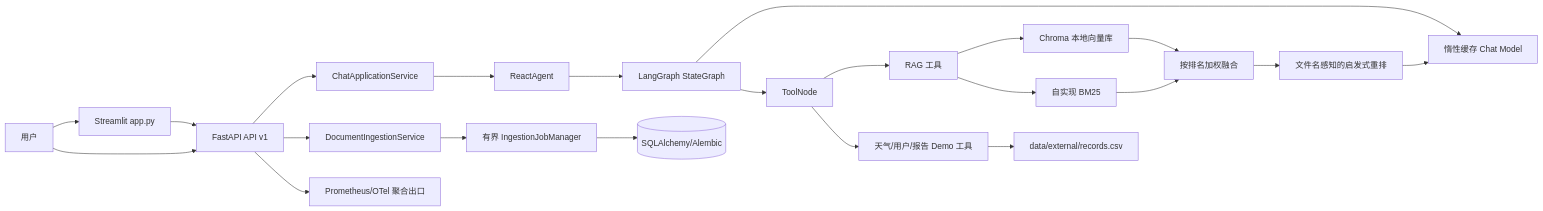
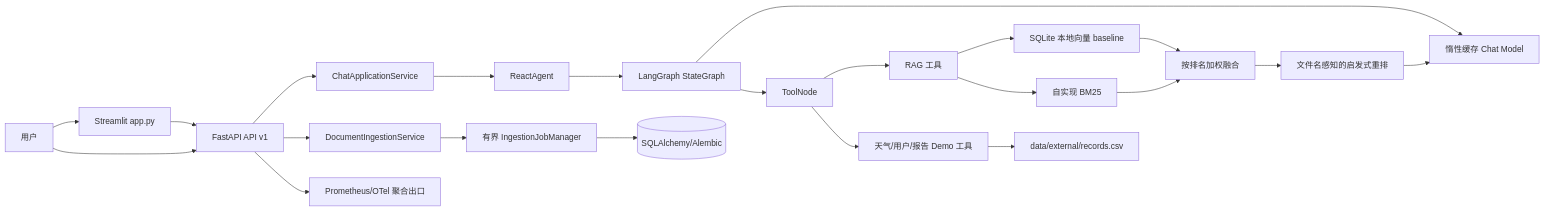
Before and after one commit to caowenying0722/Intelligent-Customer: the diagram in docs/CURRENT_STATE.md, drawn with Mermaid. The commit also changed other lines of this file and 23 other files, not shown here.

````diff
--- a/docs/CURRENT_STATE.md
+++ b/docs/CURRENT_STATE.md
@@ -22,24 +22,24 @@
 ```mermaid
 flowchart LR
     U[用户] --> UI[Streamlit app.py]
     U --> API[FastAPI API v1]
     UI --> API
     API --> CS[ChatApplicationService]
     CS --> RA[ReactAgent]
     RA --> LG[LangGraph StateGraph]
     LG --> LLM[惰性缓存 Chat Model]
     LG --> TN[ToolNode]
     TN --> RT[RAG 工具]
     TN --> DT[天气/用户/报告 Demo 工具]
-    RT --> VS[Chroma 本地向量库]
+    RT --> VS[SQLite 本地向量 baseline]
     RT --> BM[自实现 BM25]
     VS --> HR[按排名加权融合]
     BM --> HR
     HR --> RR[文件名感知的启发式重排]
     RR --> LLM
     DT --> CSV[data/external/records.csv]
     API --> ING[DocumentIngestionService]
     ING --> JOB[有界 IngestionJobManager]
     JOB --> DB[(SQLAlchemy/Alembic)]
     API --> OBS[Prometheus/OTel 聚合出口]
 ```
````
